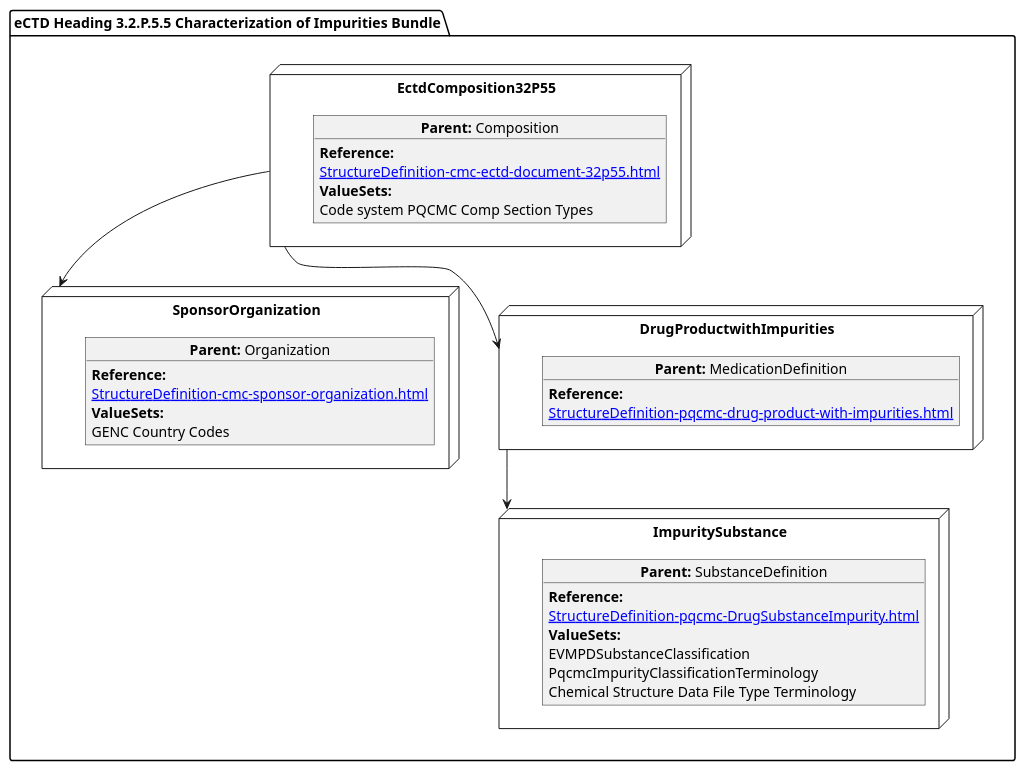
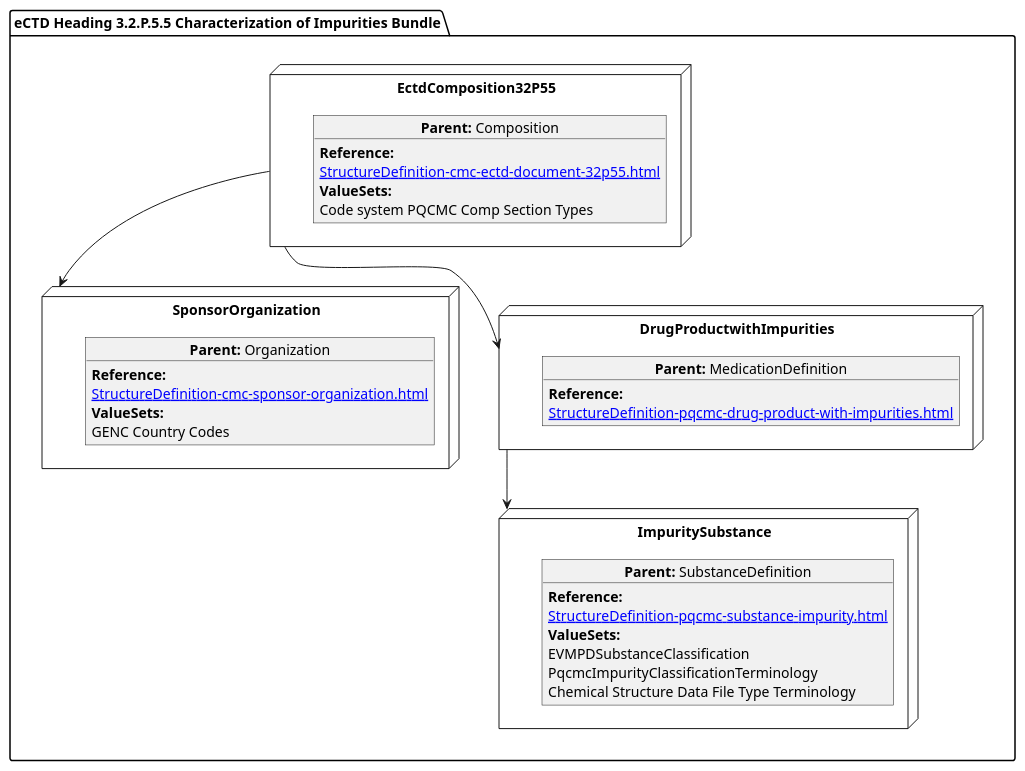
Before and after one commit to HL7/FHIR-us-pq-cmc-fda: the diagram in input/images-source/CharacImprity.plantuml, drawn with PlantUML. The commit also changed 26 other files, not shown here.

```diff
--- a/input/images-source/CharacImprity.plantuml
+++ b/input/images-source/CharacImprity.plantuml
@@ -1,44 +1,44 @@
 @startuml
 allowmixing
 'Mixed model of use case and object
 package "eCTD Heading 3.2.P.5.5 Characterization of Impurities Bundle" as NODES {
 
 node "EctdComposition32P55" as N1 { 
       object "**Parent:** Composition" as obj1 {
            **Reference:**
       [[StructureDefinition-cmc-ectd-document-32p55.html]]   
       **ValueSets:**
   Code system PQCMC Comp Section Types
     }
 }
  node "SponsorOrganization" as NSO { 
       object "**Parent:** Organization" as objAu {
          **Reference:**
       [[StructureDefinition-cmc-sponsor-organization.html]]
         **ValueSets:**
         GENC Country Codes
     }
 } 
   node "DrugProductwithImpurities" as NN { 
       object "**Parent:** MedicationDefinition" as obj3 {  
          **Reference:**
       [[StructureDefinition-pqcmc-drug-product-with-impurities.html]]    
       }
   }
 
 node "ImpuritySubstance" as N6 { 
       object "**Parent:** SubstanceDefinition" as obj2 {
            **Reference:**
-      [[StructureDefinition-pqcmc-DrugSubstanceImpurity.html]]   
+      [[StructureDefinition-pqcmc-substance-impurity.html]]   
       **ValueSets:**
       EVMPDSubstanceClassification
       PqcmcImpurityClassificationTerminology
       Chemical Structure Data File Type Terminology
     }    
 }
 
 N1 --> NSO   
 NN --> N6
 N1 --> NN 
 }
 @enduml
```
